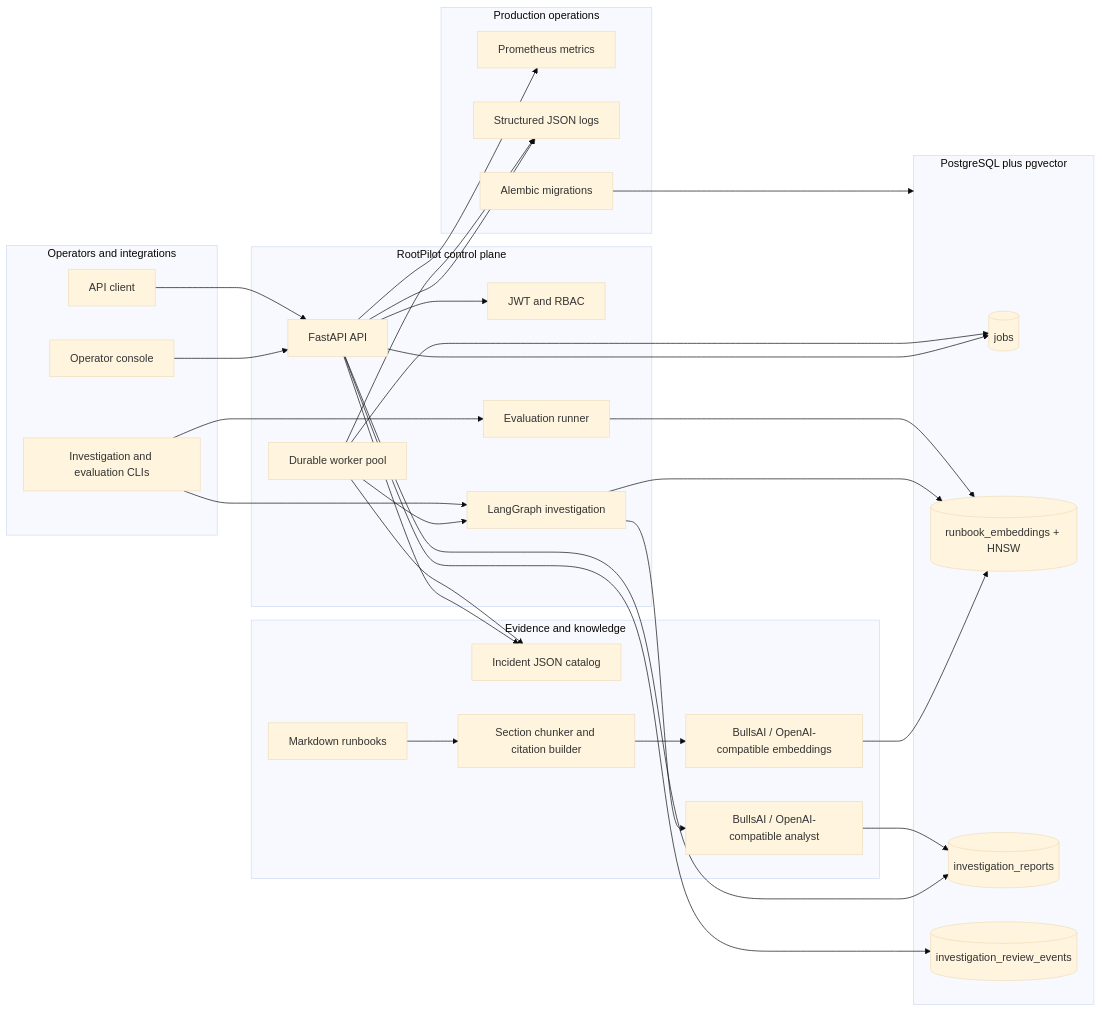
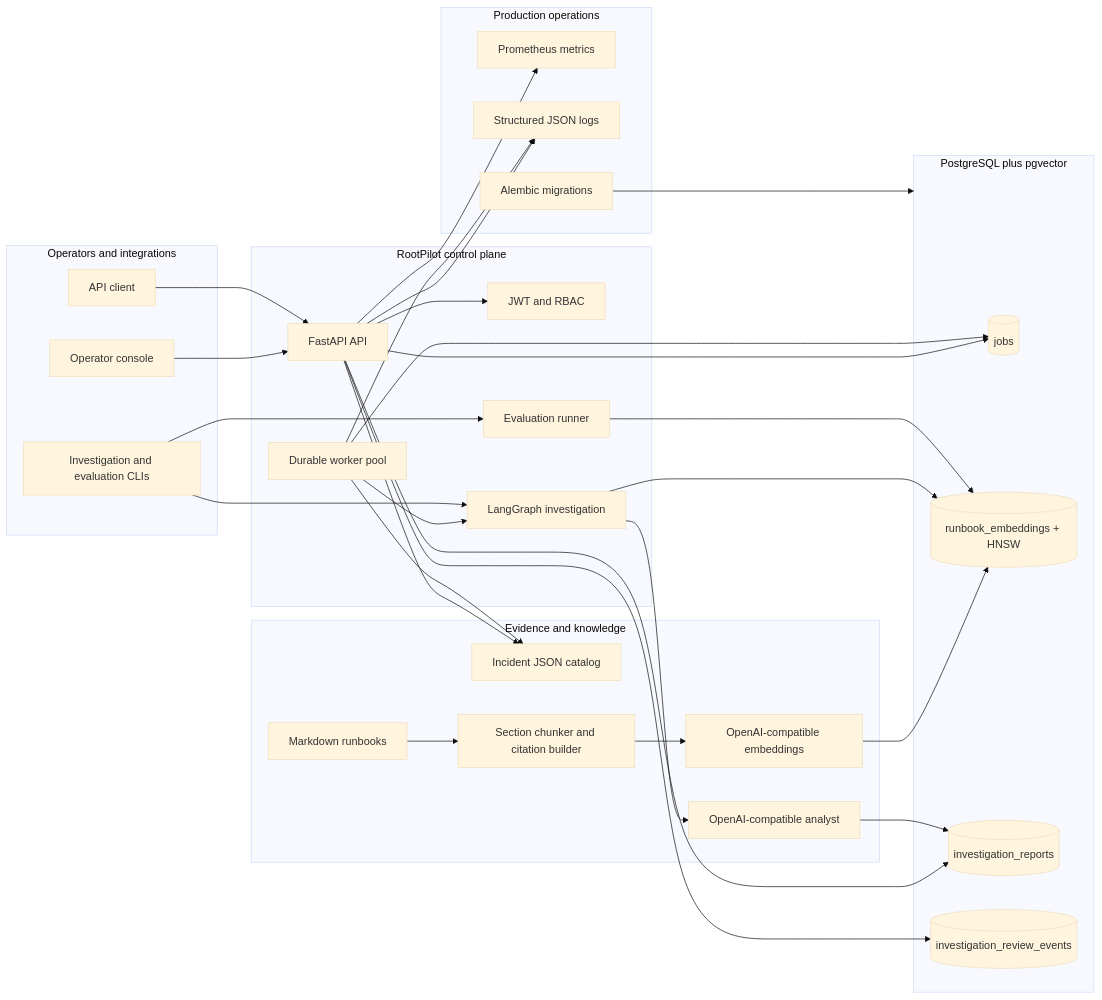
One commit to shreyas671/RootPilot changed the first of 4 diagrams in README.md. Above: the diagram before and after it, drawn with Mermaid (base theme). The commit also changed other lines of this file and 6 other files, not shown here.

````diff
--- a/README.md
+++ b/README.md
@@ -139,61 +139,61 @@
 ```mermaid
 flowchart LR
     subgraph Users[Operators and integrations]
         UI[Operator console]
         CLIENT[API client]
         CLI[Investigation and evaluation CLIs]
     end
 
     subgraph Control[RootPilot control plane]
         API[FastAPI API]
         AUTH[JWT and RBAC]
         WORKER[Durable worker pool]
         GRAPH[LangGraph investigation]
         EVAL[Evaluation runner]
     end
 
     subgraph Knowledge[Evidence and knowledge]
         INCIDENTS[Incident JSON catalog]
         RUNBOOKS[Markdown runbooks]
         CHUNKS[Section chunker and citation builder]
-        EMBED[BullsAI / OpenAI-compatible embeddings]
-        ANALYST[BullsAI / OpenAI-compatible analyst]
+        EMBED[OpenAI-compatible embeddings]
+        ANALYST[OpenAI-compatible analyst]
     end
 
     subgraph Data[PostgreSQL plus pgvector]
         JOBS[(jobs)]
         VECTORS[(runbook_embeddings + HNSW)]
         REPORTS[(investigation_reports)]
         EVENTS[(investigation_review_events)]
     end
 
     subgraph Ops[Production operations]
         METRICS[Prometheus metrics]
         LOGS[Structured JSON logs]
         MIGRATIONS[Alembic migrations]
     end
 
     UI --> API
     CLIENT --> API
     API --> AUTH
     API --> INCIDENTS
     API --> JOBS
     API --> REPORTS
     API --> EVENTS
     WORKER --> JOBS
     WORKER --> INCIDENTS
     RUNBOOKS --> CHUNKS
     CHUNKS --> EMBED
     EMBED --> VECTORS
     WORKER --> GRAPH
     GRAPH --> VECTORS
     GRAPH --> ANALYST
     ANALYST --> REPORTS
     CLI --> GRAPH
     CLI --> EVAL
     EVAL --> VECTORS
     API --> METRICS
     API --> LOGS
     WORKER --> LOGS
     MIGRATIONS --> Data
 ```
````
